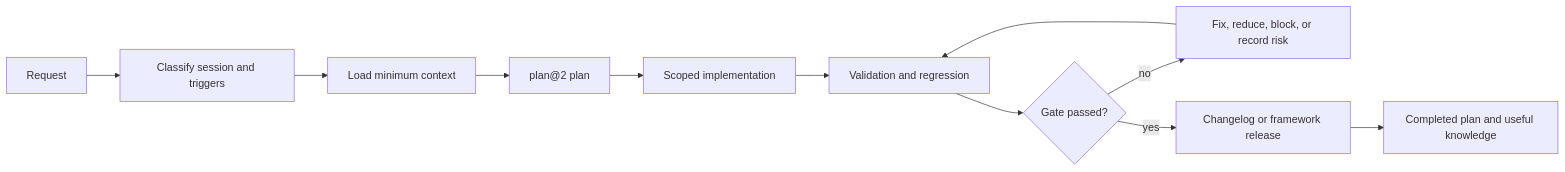
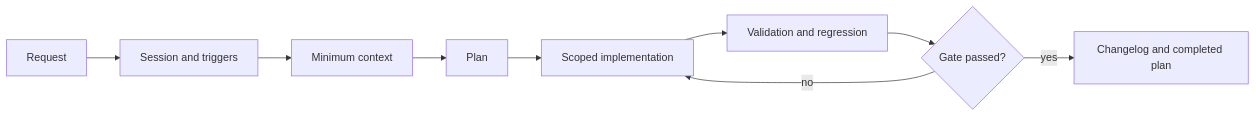
Before and after one commit to Sistema2D/FrameCode-VibeWork: the second of 2 diagrams in README.md, drawn with Mermaid. The commit also changed other lines of this file and 16 other files, not shown here.

````diff
--- a/README.md
+++ b/README.md
@@ -419,13 +175,11 @@
 ```mermaid
 flowchart LR
-    A["Request"] --> B["Classify session and triggers"]
-    B --> C["Load minimum context"]
-    C --> D["plan@2 plan"]
+    A["Request"] --> B["Session and triggers"]
+    B --> C["Minimum context"]
+    C --> D["Plan"]
     D --> E["Scoped implementation"]
     E --> F["Validation and regression"]
     F --> G{"Gate passed?"}
-    G -- "no" --> H["Fix, reduce, block, or record risk"]
-    H --> F
-    G -- "yes" --> I["Changelog or framework release"]
-    I --> J["Completed plan and useful knowledge"]
+    G -- "no" --> E
+    G -- "yes" --> H["Changelog and completed plan"]
 ```
````
